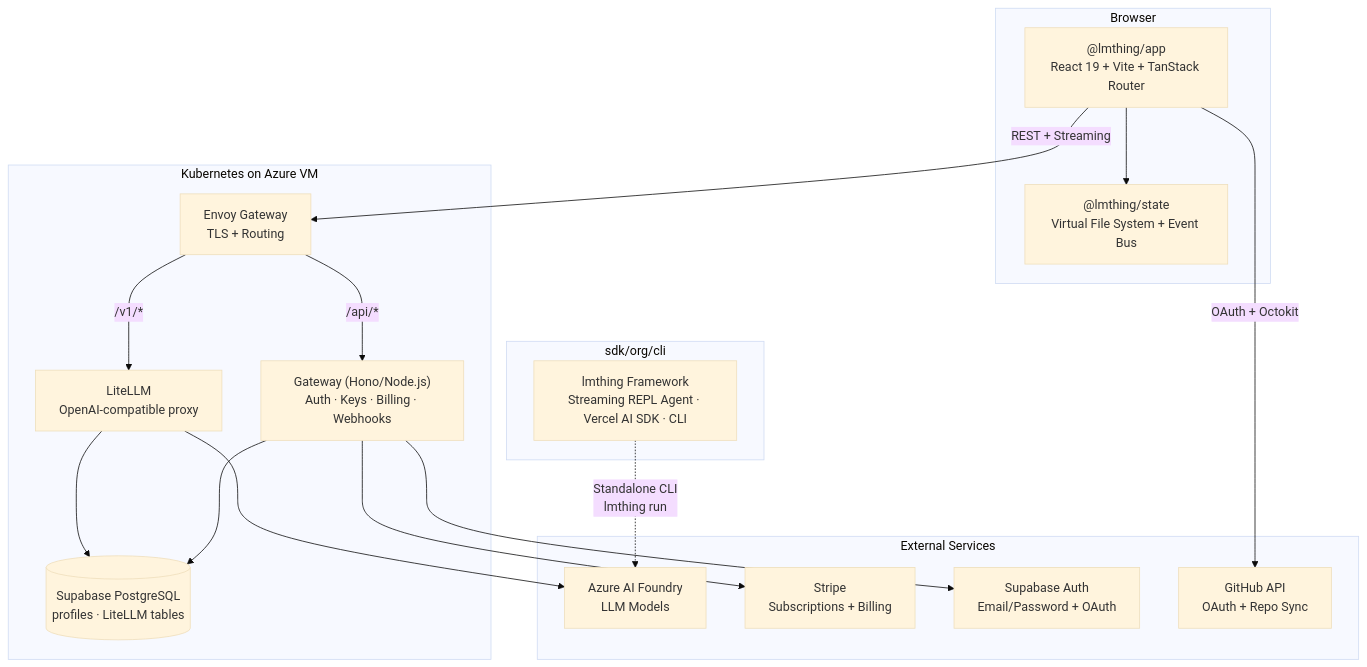
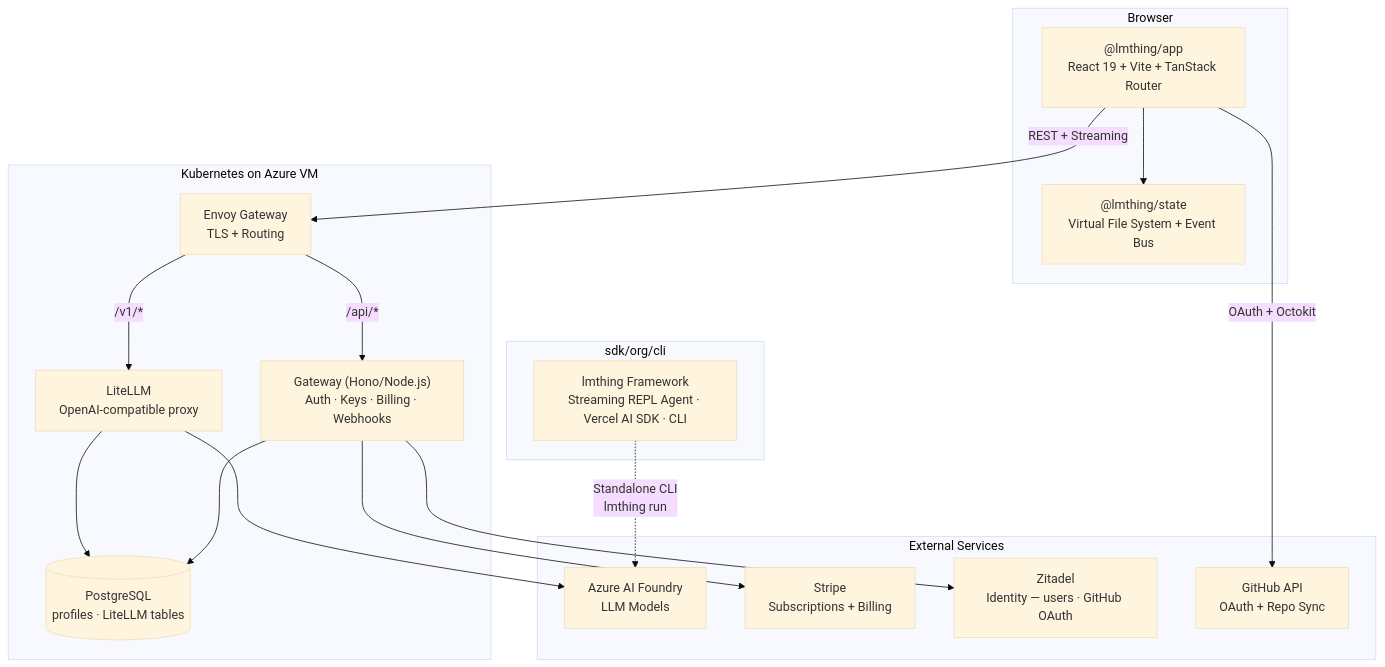
Before and after one commit to lmthing/lmthing: the first of 6 diagrams in CLAUDE.md, drawn with Mermaid (base theme). The commit also changed other lines of this file and 3 other files, not shown here.

First line of the commit message:
docs: update all CLAUDE.md and skills to reflect Zitadel + gateway JWT auth

````diff
--- a/CLAUDE.md
+++ b/CLAUDE.md
@@ -85,37 +85,37 @@
 ```mermaid
 graph TB
     subgraph Browser["Browser"]
         App["@lmthing/app<br/>React 19 + Vite + TanStack Router"]
         State["@lmthing/state<br/>Virtual File System + Event Bus"]
         App --> State
     end
 
     subgraph Cloud["Kubernetes on Azure VM"]
         Envoy["Envoy Gateway<br/>TLS + Routing"]
         LiteLLM["LiteLLM<br/>OpenAI-compatible proxy"]
         Gateway["Gateway (Hono/Node.js)<br/>Auth · Keys · Billing · Webhooks"]
-        DB[("Supabase PostgreSQL<br/>profiles · LiteLLM tables")]
+        DB[("PostgreSQL<br/>profiles · LiteLLM tables")]
         Envoy -- "/v1/*" --> LiteLLM
         Envoy -- "/api/*" --> Gateway
         LiteLLM --> DB
         Gateway --> DB
     end
 
     subgraph External["External Services"]
         Azure["Azure AI Foundry<br/>LLM Models"]
         Stripe["Stripe<br/>Subscriptions + Billing"]
-        SupaAuth["Supabase Auth<br/>Email/Password + OAuth"]
+        Zitadel["Zitadel<br/>Identity — users · GitHub OAuth"]
         GitHub["GitHub API<br/>OAuth + Repo Sync"]
     end
 
     subgraph Library["sdk/org/cli"]
         Core["lmthing Framework<br/>Streaming REPL Agent · Vercel AI SDK · CLI"]
     end
 
     App -- "REST + Streaming" --> Envoy
     LiteLLM --> Azure
     Gateway --> Stripe
-    Gateway --> SupaAuth
+    Gateway --> Zitadel
     App -- "OAuth + Octokit" --> GitHub
     Core -. "Standalone CLI<br/>lmthing run" .-> Azure
 ```
````
